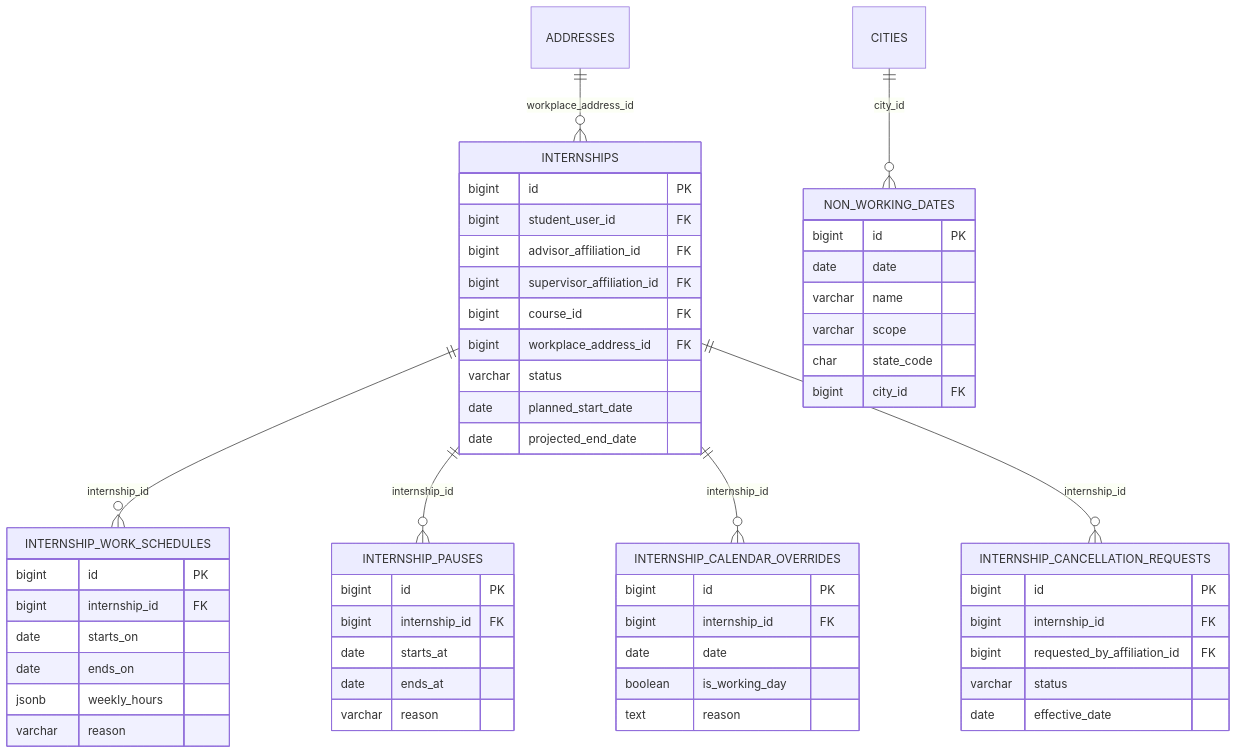
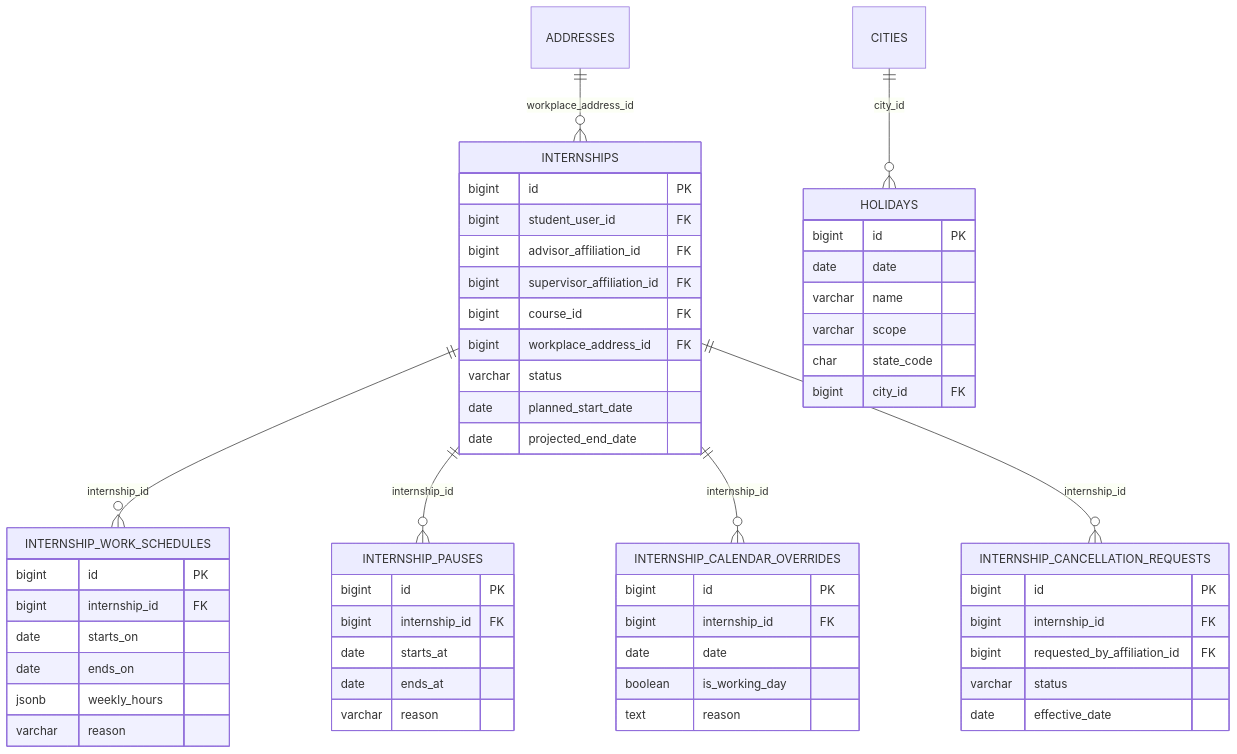
Before and after one commit to sge-suite/docs: the diagram in docs/diagrams/sources/modelo-nucleo-execucao.mmd, drawn with Mermaid. The commit also changed 19 other files, not shown here.

Commit message:
docs: rename non-working dates to holidays

```diff
--- a/docs/diagrams/sources/modelo-nucleo-execucao.mmd
+++ b/docs/diagrams/sources/modelo-nucleo-execucao.mmd
@@ -1,56 +1,56 @@
 erDiagram
     INTERNSHIPS ||--o{ INTERNSHIP_WORK_SCHEDULES : internship_id
     INTERNSHIPS ||--o{ INTERNSHIP_PAUSES : internship_id
     INTERNSHIPS ||--o{ INTERNSHIP_CALENDAR_OVERRIDES : internship_id
     INTERNSHIPS ||--o{ INTERNSHIP_CANCELLATION_REQUESTS : internship_id
     ADDRESSES ||--o{ INTERNSHIPS : workplace_address_id
-    CITIES ||--o{ NON_WORKING_DATES : city_id
+    CITIES ||--o{ HOLIDAYS : city_id
 
     INTERNSHIPS {
         bigint id PK
         bigint student_user_id FK
         bigint advisor_affiliation_id FK
         bigint supervisor_affiliation_id FK
         bigint course_id FK
         bigint workplace_address_id FK
         varchar status
         date planned_start_date
         date projected_end_date
     }
     INTERNSHIP_WORK_SCHEDULES {
         bigint id PK
         bigint internship_id FK
         date starts_on
         date ends_on
         jsonb weekly_hours
         varchar reason
     }
     INTERNSHIP_PAUSES {
         bigint id PK
         bigint internship_id FK
         date starts_at
         date ends_at
         varchar reason
     }
-    NON_WORKING_DATES {
+    HOLIDAYS {
         bigint id PK
         date date
         varchar name
         varchar scope
         char state_code
         bigint city_id FK
     }
     INTERNSHIP_CALENDAR_OVERRIDES {
         bigint id PK
         bigint internship_id FK
         date date
         boolean is_working_day
         text reason
     }
     INTERNSHIP_CANCELLATION_REQUESTS {
         bigint id PK
         bigint internship_id FK
         bigint requested_by_affiliation_id FK
         varchar status
         date effective_date
     }
```
